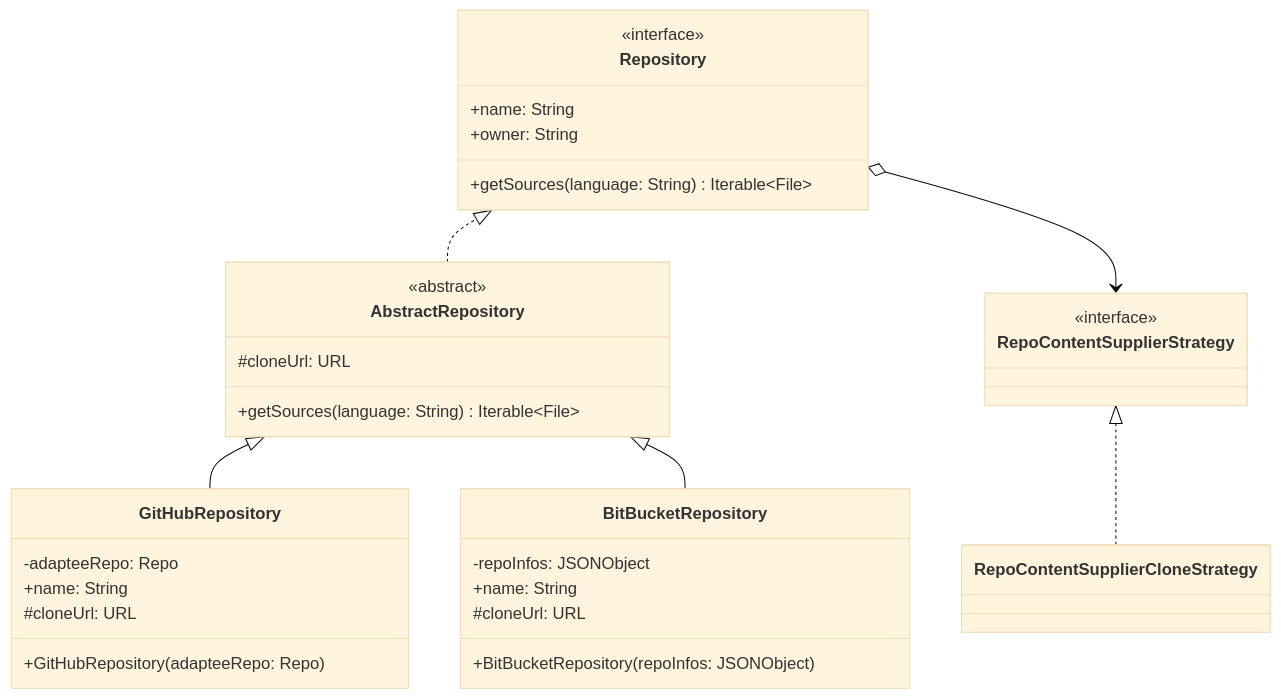
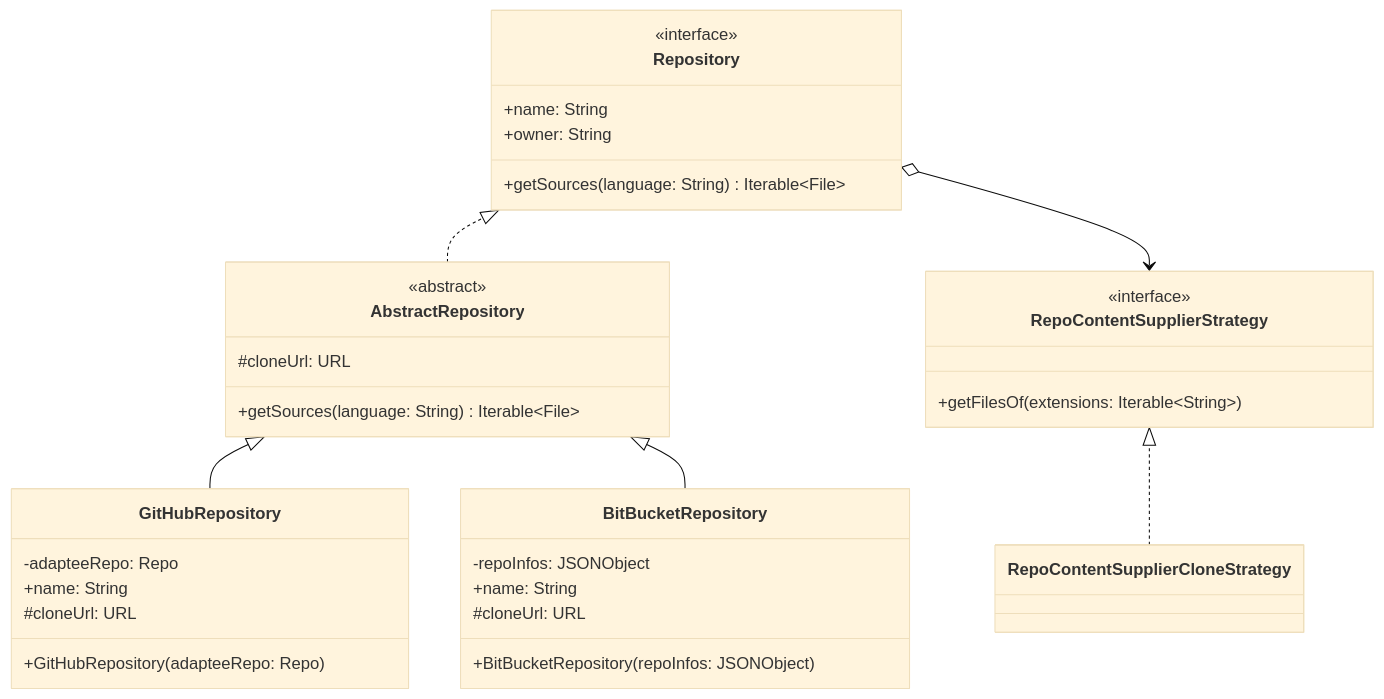
One commit to tassiLuca/code-plagiarism-detector-doc changed the fourth of 8 diagrams in doc.md. Above: the diagram before and after it, drawn with Mermaid (base theme). The commit also changed other lines of this file, not shown here.

````diff
--- a/doc.md
+++ b/doc.md
@@ -143,37 +143,38 @@
 ```mermaid
 classDiagram
     direction BT
     class Repository {
         <<interface>>
         +name: String
         +owner: String
         +getSources(language: String) Iterable~File~
     }
     class AbstractRepository {
         <<abstract>>
         #cloneUrl: URL
         +getSources(language: String) Iterable~File~
     }
     AbstractRepository ..|> Repository
     class GitHubRepository {
         -adapteeRepo: Repo
         +name: String
         #cloneUrl: URL
         +GitHubRepository(adapteeRepo: Repo)
     }
     class BitBucketRepository {
         -repoInfos: JSONObject
         +name: String
         #cloneUrl: URL
         +BitBucketRepository(repoInfos: JSONObject)
     }
     GitHubRepository --|> AbstractRepository
     BitBucketRepository --|> AbstractRepository
 
     class RepoContentSupplierStrategy {
         <<interface>>
+        +getFilesOf(extensions: Iterable~String~)
     }
     RepoContentSupplierStrategy <--o Repository
     class RepoContentSupplierCloneStrategy 
     RepoContentSupplierCloneStrategy ..|> RepoContentSupplierStrategy
 ```
````
